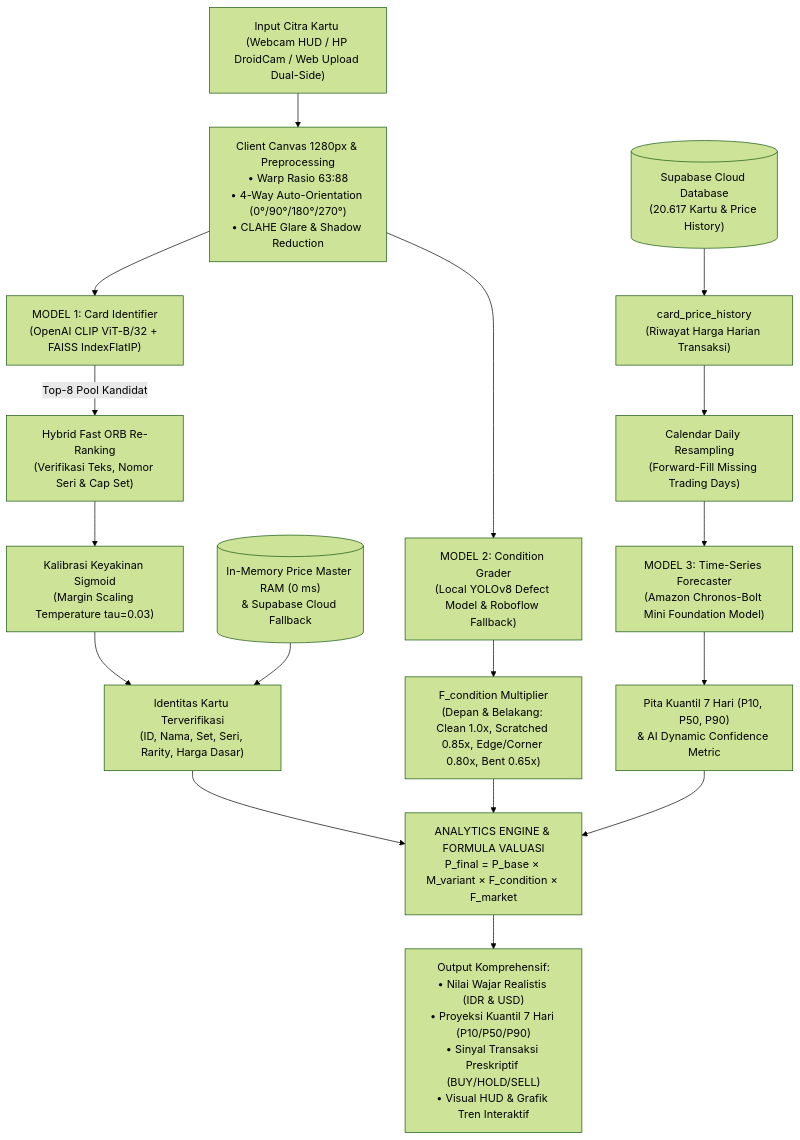
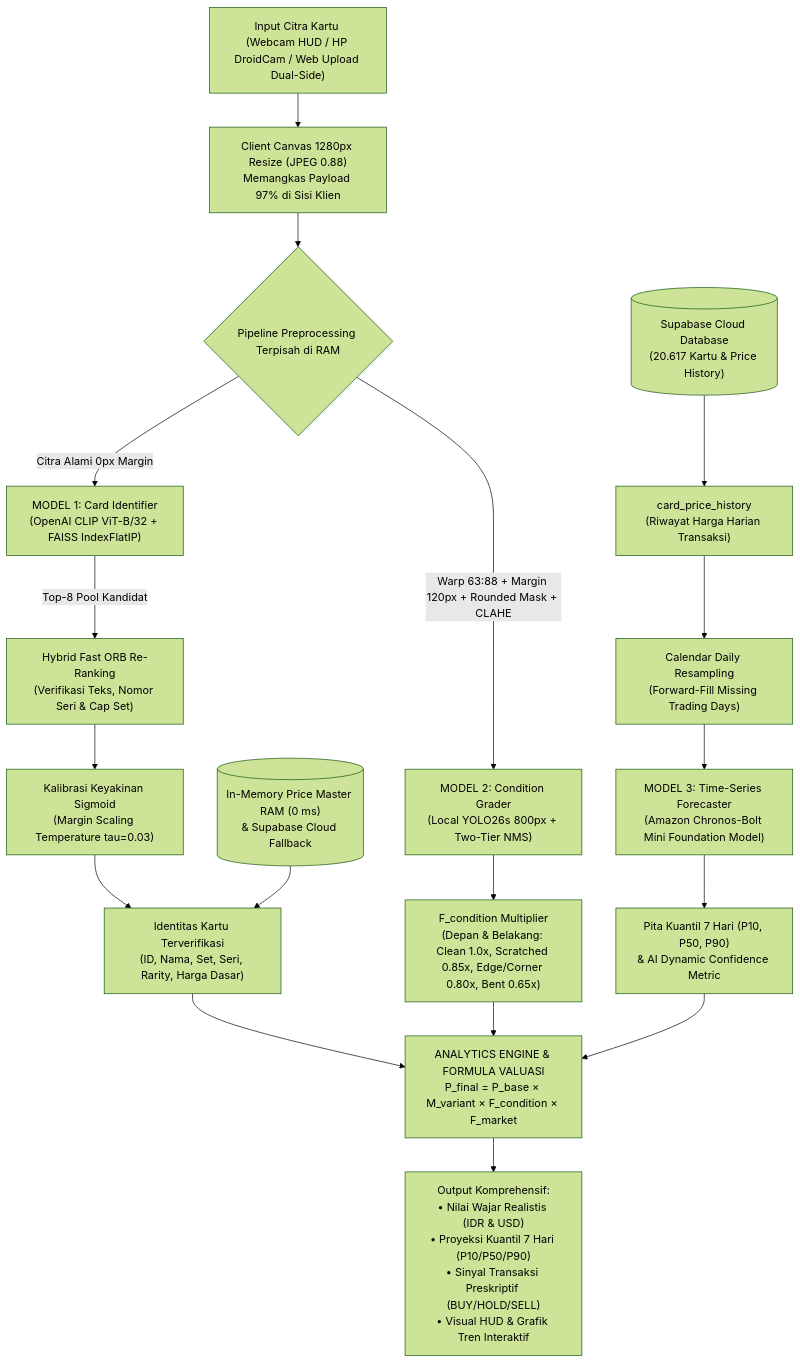
The diagram in README.md (Bejochan/pokemon-card-value-analytic-tool), drawn with Mermaid (forest theme) before and after one commit. The commit also changed other lines of this file, not shown here.

Commit message:
docs: perbarui dokumentasi README dengan arsitektur Model 2 YOLO26s 800px dan pipeline preprocessing terpisah

````diff
--- a/README.md
+++ b/README.md
@@ -33,26 +33,28 @@
 ```mermaid
 graph TD
-    Input["Input Citra Kartu (Webcam HUD / HP DroidCam / Web Upload Dual-Side)"] --> Preproc["Client Canvas 1280px & Preprocessing<br/>• Warp Rasio 63:88<br/>• 4-Way Auto-Orientation (0°/90°/180°/270°)<br/>• CLAHE Glare & Shadow Reduction"]
+    Input["Input Citra Kartu (Webcam HUD / HP DroidCam / Web Upload Dual-Side)"] --> CanvasResize["Client Canvas 1280px Resize (JPEG 0.88)<br/>Memangkas Payload 97% di Sisi Klien"]
     
-    Preproc --> M1["MODEL 1: Card Identifier<br/>(OpenAI CLIP ViT-B/32 + FAISS IndexFlatIP)"]
-    Preproc --> M2["MODEL 2: Condition Grader<br/>(Local YOLOv8 Defect Model & Roboflow Fallback)"]
+    CanvasResize --> Split{"Pipeline Preprocessing Terpisah di RAM"}
+    
+    Split -->|Citra Alami 0px Margin| M1["MODEL 1: Card Identifier<br/>(OpenAI CLIP ViT-B/32 + FAISS IndexFlatIP)"]
+    Split -->|Warp 63:88 + Margin 120px + Rounded Mask + CLAHE| M2["MODEL 2: Condition Grader<br/>(Local YOLO26s 800px + Two-Tier NMS)"]
     
     M1 -->|Top-8 Pool Kandidat| ORB["Hybrid Fast ORB Re-Ranking<br/>(Verifikasi Teks, Nomor Seri & Cap Set)"]
     ORB --> Sigmoid["Kalibrasi Keyakinan Sigmoid<br/>(Margin Scaling Temperature tau=0.03)"]
     Sigmoid --> CardID["Identitas Kartu Terverifikasi<br/>(ID, Nama, Set, Seri, Rarity, Harga Dasar)"]
     
     M2 --> ConditionScore["F_condition Multiplier<br/>(Depan & Belakang: Clean 1.0x, Scratched 0.85x, Edge/Corner 0.80x, Bent 0.65x)"]
     
     MemoryCache[("In-Memory Price Master RAM (0 ms)<br/>& Supabase Cloud Fallback")] --> CardID
     Supabase[("Supabase Cloud Database<br/>(20.617 Kartu & Price History)")] --> Hist["card_price_history<br/>(Riwayat Harga Harian Transaksi)"]
     
     Hist --> Resample["Calendar Daily Resampling<br/>(Forward-Fill Missing Trading Days)"]
     Resample --> M3["MODEL 3: Time-Series Forecaster<br/>(Amazon Chronos-Bolt Mini Foundation Model)"]
     M3 --> Forecast["Pita Kuantil 7 Hari (P10, P50, P90)<br/>& AI Dynamic Confidence Metric"]
     
     CardID --> Valuation["ANALYTICS ENGINE & FORMULA VALUASI<br/>P_final = P_base × M_variant × F_condition × F_market"]
     ConditionScore --> Valuation
     Forecast --> Valuation
     
     Valuation --> Output["Output Komprehensif:<br/>• Nilai Wajar Realistis (IDR & USD)<br/>• Proyeksi Kuantil 7 Hari (P10/P50/P90)<br/>• Sinyal Transaksi Preskriptif (BUY/HOLD/SELL)<br/>• Visual HUD & Grafik Tren Interaktif"]
 ```
````
